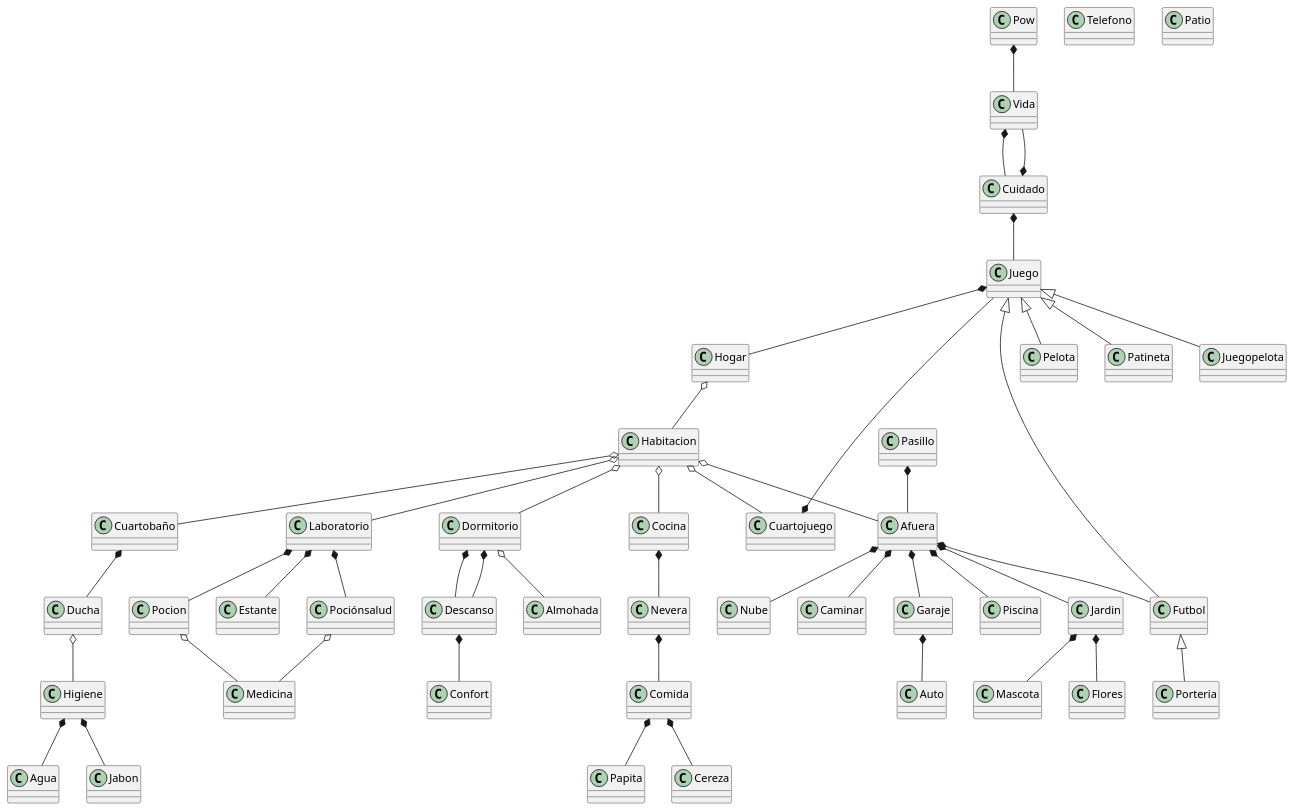
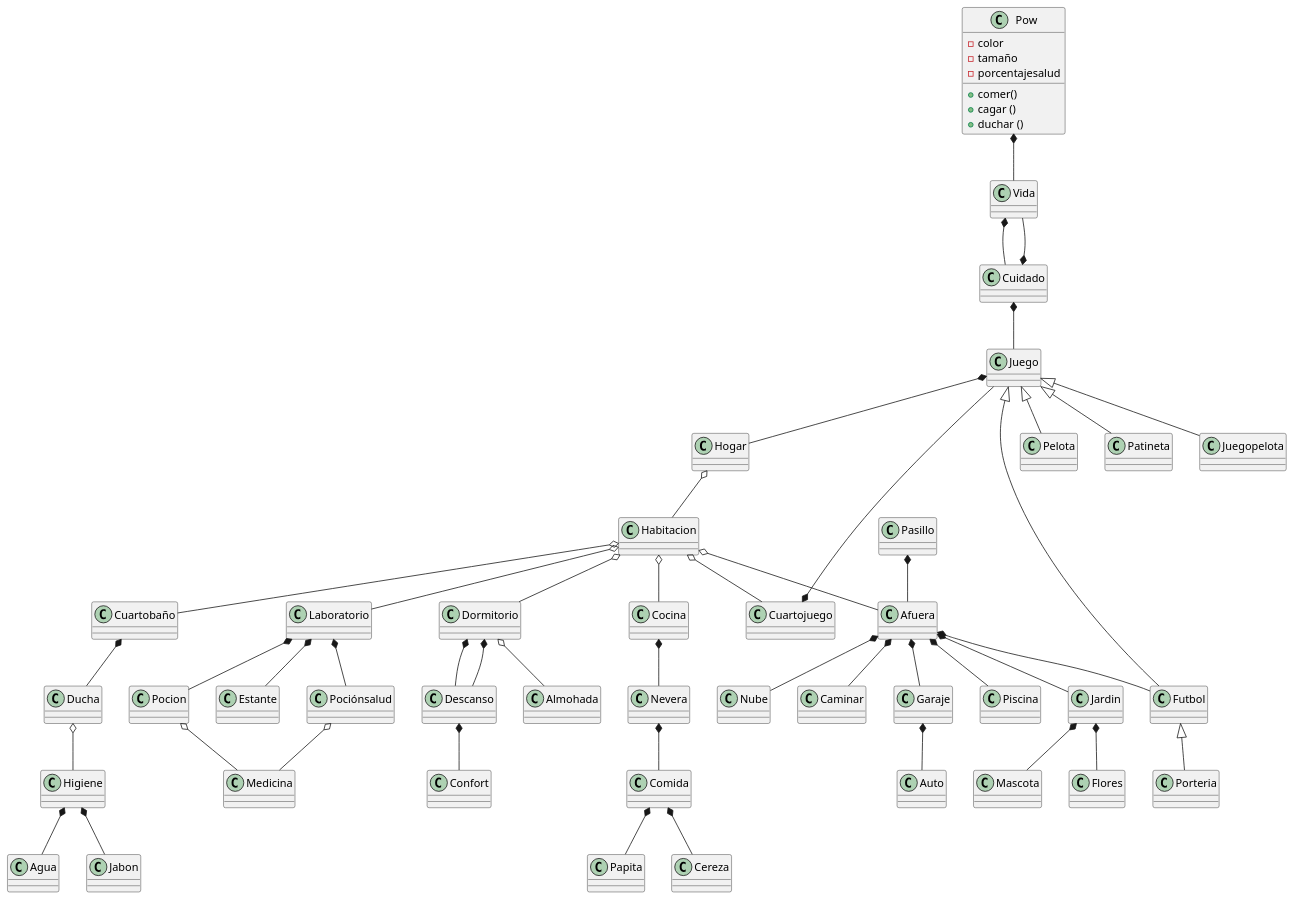
Before and after one commit to RoTtiN2/Hola-Mundo: the diagram in docs/pow.puml, drawn with PlantUML. The commit also changed 3 other files, not shown here.

```diff
--- a/docs/pow.puml
+++ b/docs/pow.puml
@@ -1,96 +1,101 @@
 @startuml pow
 
-class Pow
+class Pow{
+    - color
+    - tamaño
+    - porcentajesalud
+    + comer()
+    + cagar ()
+    + duchar ()
+}
 class Juego
 class Cuidado
 class Vida
 class Hogar
 class Habitacion
-class Telefono 
 class Cocina
 class Nevera
 class Comida
 class Papita
 class Cereza
 class Cuartobaño
 class Ducha
 class Higiene
 class Agua
 class Jabon
 class Laboratorio
 class Estante
 class Pocion
 class Pociónsalud
 class Medicina
 class Cuartojuego
 class Juego
 class Pelota 
 class Patineta 
 class Juegopelota
 class Dormitorio
 class Descanso
 class Almohada 
 class Confort 
 class Pasillo
 class Caminar
 class Afuera
 class Garaje
 class Auto
 class Piscina
 class Jardin 
 class Flores 
 class Mascota 
 class Porteria
 class Futbol
-class Patio
 class Flores 
 Class Nube
 class Agua
 
 
 Pow *-- Vida
 Vida *-- Cuidado
 Cuidado *-- Vida
 Cuidado *-- Juego
 Juego *-- Hogar
 Hogar o-- Habitacion
 Habitacion o-- Cocina
 Habitacion o-- Cuartobaño
 Habitacion o-- Laboratorio
 Habitacion o-- Cuartojuego
 Habitacion o-- Dormitorio
 Habitacion o-- Afuera
 Cocina *-- Nevera
 Nevera *-- Comida
 Comida *-- Papita
 Comida *-- Cereza
 Cuartobaño *-- Ducha
 Ducha o-- Higiene
 Higiene *-- Agua
 Higiene *-- Jabon
 Laboratorio *-- Estante
 Laboratorio *-- Pocion
 Laboratorio *-- Pociónsalud
 Pocion o-- Medicina
 Pociónsalud o-- Medicina
 Cuartojuego *-- Juego
 Juego <|-- Pelota
 Juego <|-- Juegopelota
 Juego <|-- Patineta
 Juego <|-- Futbol
 Futbol <|-- Porteria
 Afuera *-- Futbol
 Dormitorio *-- Descanso
 Dormitorio o-- Almohada
 Dormitorio *-- Descanso
 Descanso *-- Confort
 Pasillo *-- Afuera
 Afuera *-- Caminar
 Afuera *-- Garaje
 Garaje *-- Auto
 Afuera *-- Piscina
 Afuera *-- Jardin
 Jardin *-- Flores
 Afuera *-- Nube
 Jardin *-- Mascota
 @enduml
```
